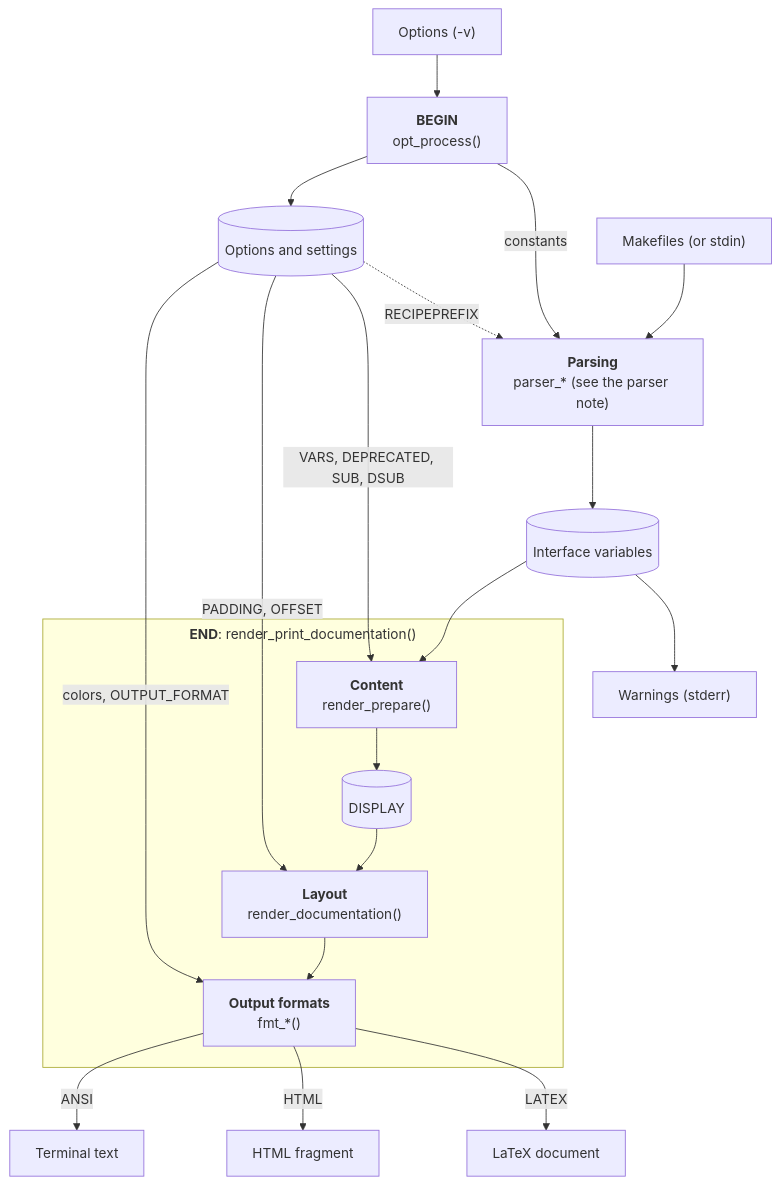
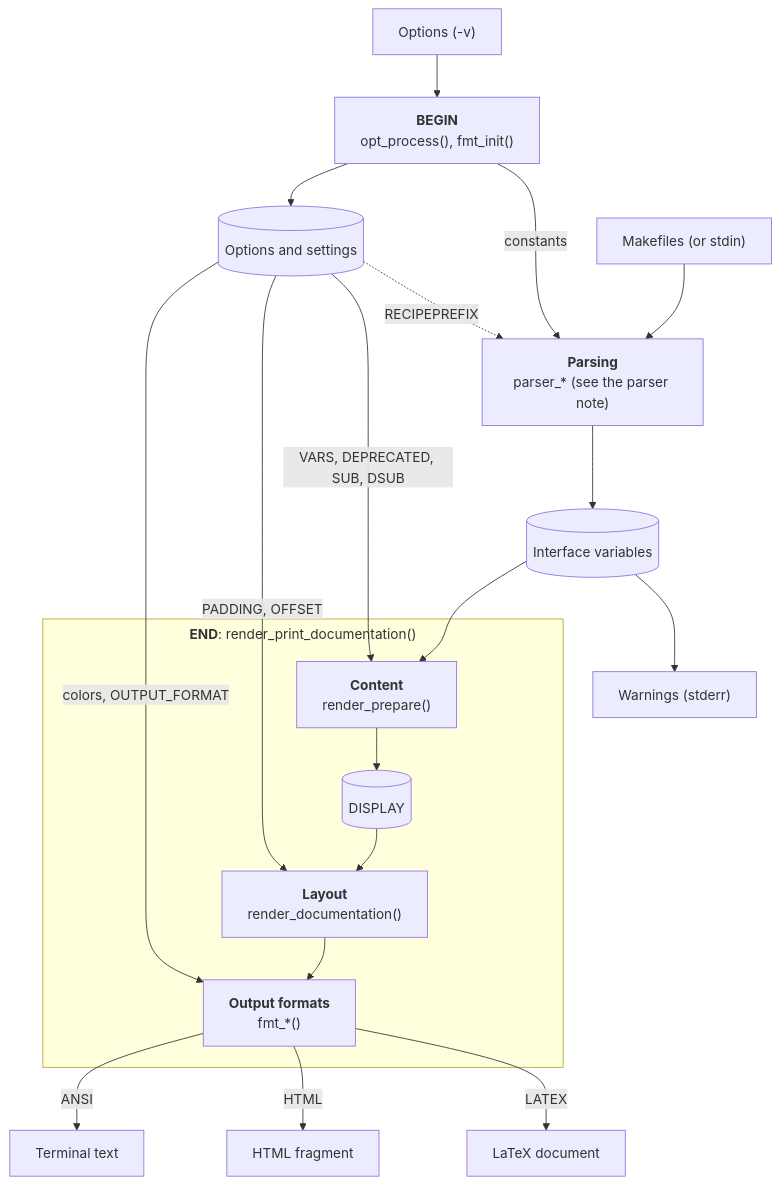
The diagram in test/README.md (drdv/makefile-doc), drawn with Mermaid before and after one commit.

Commit message:
Show fmt_init in the diagram
The settings of the output format are computed in BEGIN, by fmt_init
(called by opt_process): name it in the BEGIN box.

````diff
--- a/test/README.md
+++ b/test/README.md
@@ -300,34 +300,34 @@
 ```mermaid
 ---
 config:
   layout: dagre
   flowchart:
     curve: basis
     subGraphTitleMargin:
       top: 5
       bottom: 20
 ---
 flowchart TD
-    options["Options (-v)"] --> begin["<b>BEGIN</b><br/>opt_process()"]
+    options["Options (-v)"] --> begin["<b>BEGIN</b><br/>opt_process(), fmt_init()"]
     makefiles["Makefiles (or stdin)"] --> parsing["<b>Parsing</b><br/>parser_* (see the parser note)"]
     begin -- "constants" --> parsing
     begin --> settings[("Options and settings")]
 
     settings -. "RECIPEPREFIX" .-> parsing
     parsing --> interface[("Interface variables")]
 
     subgraph end_ ["<b>END</b>: render_print_documentation()"]
         content["<b>Content</b><br/>render_prepare()"] --> display[("DISPLAY")]
         display --> layout["<b>Layout</b><br/>render_documentation()"]
         layout --> formats["<b>Output formats</b><br/>fmt_*()"]
     end
 
     interface --> content
     settings -- "VARS, DEPRECATED, SUB, DSUB" --> content
     settings -- "PADDING, OFFSET" --> layout
     settings -- "colors, OUTPUT_FORMAT" --> formats
     formats -- "ANSI" --> ansi["Terminal text"]
     formats -- "HTML" --> html["HTML fragment"]
     formats -- "LATEX" --> latex["LaTeX document"]
     interface --> stderr["Warnings (stderr)"]
 ```
````
